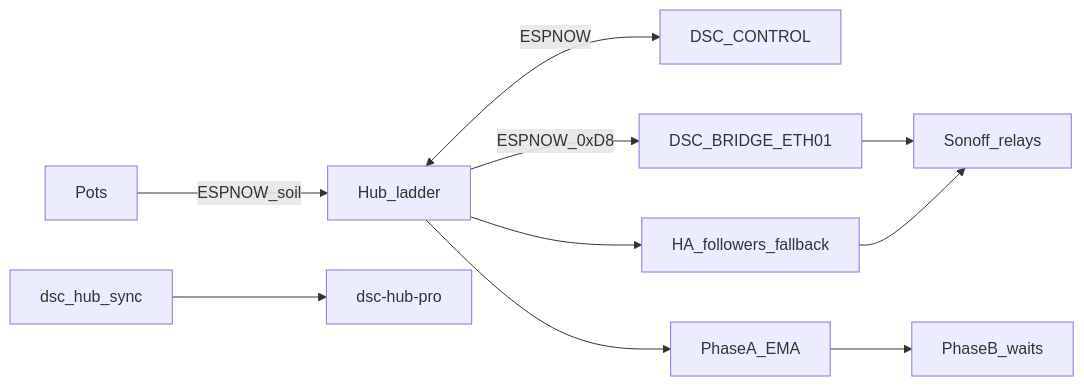
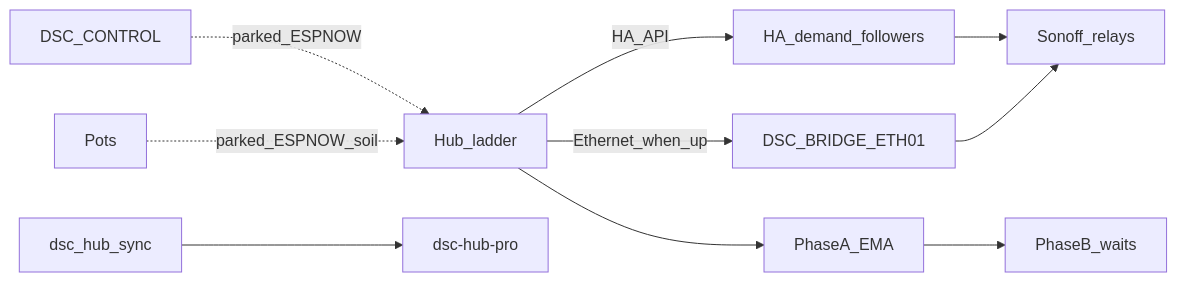
Before and after one commit to weddas/DSC-HUB: the diagram in README.md, drawn with Mermaid. The commit also changed other lines of this file and 7 other files, not shown here.

````diff
--- a/README.md
+++ b/README.md
@@ -31,11 +33,11 @@
 ```mermaid
 flowchart LR
-  Hub[Hub_ladder] <-->|ESPNOW| Panel[DSC_CONTROL]
-  Pots[Pots] -->|ESPNOW_soil| Hub
-  Hub -->|ESPNOW_0xD8| Bridge[DSC_BRIDGE_ETH01]
-  Bridge --> Sonoffs[Sonoff_relays]
-  Hub --> Followers[HA_followers_fallback]
-  Followers --> Sonoffs
+  Hub[Hub_ladder] -->|HA_API| Followers[HA_demand_followers]
+  Followers --> Sonoffs[Sonoff_relays]
+  Hub -->|Ethernet_when_up| Bridge[DSC_BRIDGE_ETH01]
+  Bridge --> Sonoffs
+  Panel[DSC_CONTROL] -.->|parked_ESPNOW| Hub
+  Pots[Pots] -.->|parked_ESPNOW_soil| Hub
   Hub --> LearnA[PhaseA_EMA] --> LearnB[PhaseB_waits]
   Sync[dsc_hub_sync] --> Pro[dsc-hub-pro]
 ```
````
